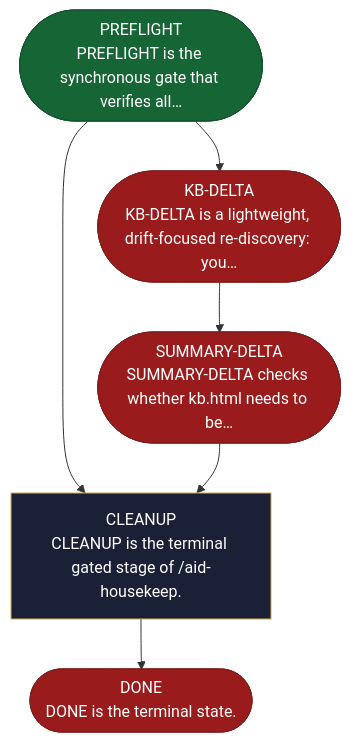
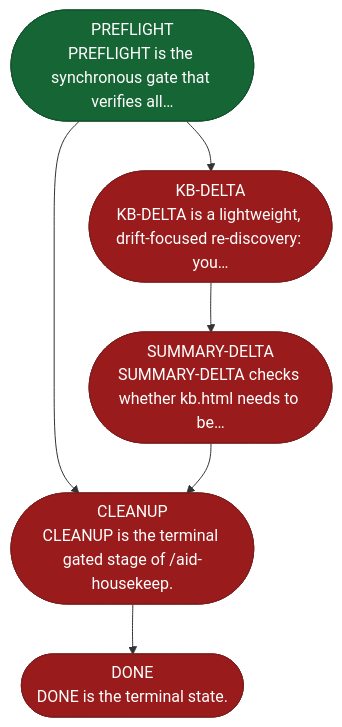
The diagram in site/src/content/docs/skills/aid-housekeep.md (AndreVianna/aid-methodology), drawn with Mermaid before and after one commit. The commit also changed other lines of this file and 13 other files, not shown here.

First line of the commit message:
task-042: fix round (summarize/housekeep/update-kb Advance words aligned (ASK on user steps), dispatch rows match, entry-step wording; site regenerated)

````diff
--- a/site/src/content/docs/skills/aid-housekeep.md
+++ b/site/src/content/docs/skills/aid-housekeep.md
@@ -20,29 +20,29 @@
 ```mermaid
 flowchart TB
   classDef aidNode color:#fff
   classDef aidEntry fill:#166534,stroke:#14532d,color:#fff
   classDef aidExit fill:#991b1b,stroke:#7f1d1d,color:#fff
   classDef aidDecision fill:#92400e,stroke:#78350f,color:#fff
   classDef aidLoopBack fill:#1e3a8a,stroke:#1e3a8a,color:#fff
   classDef aidStep fill:#1a2035,stroke:#d4a853,color:#f1f5f9
   n1(["PREFLIGHT<br/>PREFLIGHT is the synchronous gate that verifies all…"])
   n2(["KB-DELTA<br/>KB-DELTA is a lightweight, drift-focused re-discovery: you…"])
   n3(["SUMMARY-DELTA<br/>SUMMARY-DELTA checks whether kb.html needs to be…"])
-  n4["CLEANUP<br/>CLEANUP is the terminal gated stage of /aid-housekeep."]
+  n4(["CLEANUP<br/>CLEANUP is the terminal gated stage of /aid-housekeep."])
   n5(["DONE<br/>DONE is the terminal state."])
   n1 --> n2
   n1 --> n4
   n2 --> n3
   n3 --> n4
   n4 --> n5
   class n1 aidEntry
   class n2 aidExit
   class n3 aidExit
-  class n4 aidStep
+  class n4 aidExit
   class n5 aidExit
   class n1 aidNode
   class n2 aidNode
   class n3 aidNode
   class n4 aidNode
   class n5 aidNode
 ```
````
